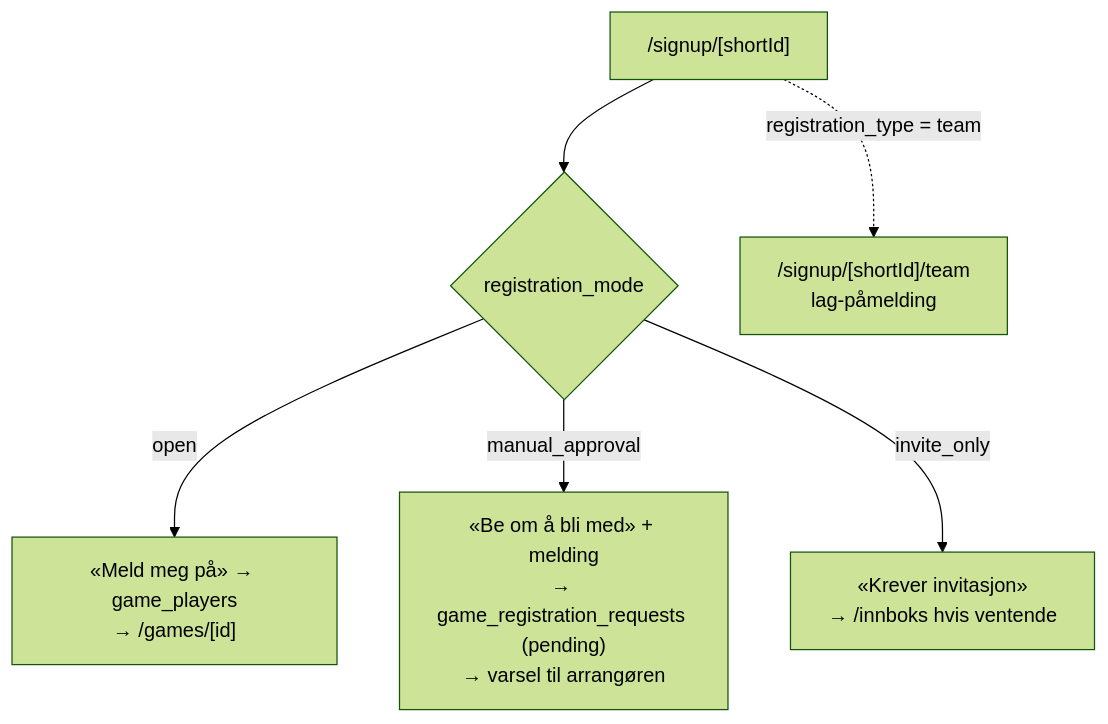
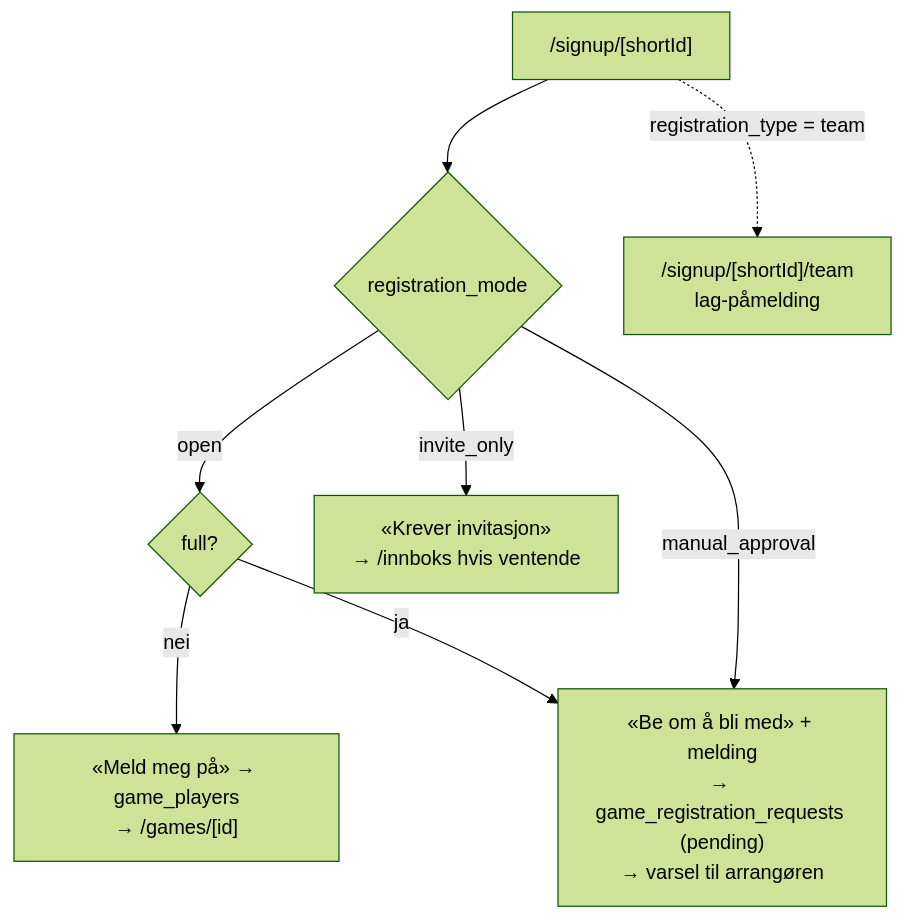
The third of 6 diagrams in docs/user-flows.md (jdlarssen/golf-app), drawn with Mermaid (forest theme) before and after one commit. The commit also changed other lines of this file and 2 other files, not shown here.

Commit message:
docs(flows): a full open round asks for a seat
user-flows P2 gets the full branch (solo_open_full), and the future
diagram for flow 2 gets the #2837 band: the request instead of «Meld meg
på», and withdrawing it in the app.

Refs #2837

````diff
--- a/docs/user-flows.md
+++ b/docs/user-flows.md
@@ -211,8 +211,10 @@
 ```mermaid
 flowchart TD
   S["/signup/[shortId]"] --> M{registration_mode}
-  M -- open --> O["«Meld meg på» → game_players<br/>→ /games/[id]"]
+  M -- open --> F{full?}
+  F -- nei --> O["«Meld meg på» → game_players<br/>→ /games/[id]"]
+  F -- ja --> R
   M -- manual_approval --> R["«Be om å bli med» + melding<br/>→ game_registration_requests (pending)<br/>→ varsel til arrangøren"]
   M -- invite_only --> I["«Krever invitasjon»<br/>→ /innboks hvis ventende"]
   S -. "registration_type = team" .-> T["/signup/[shortId]/team<br/>lag-påmelding"]
 ```
````
